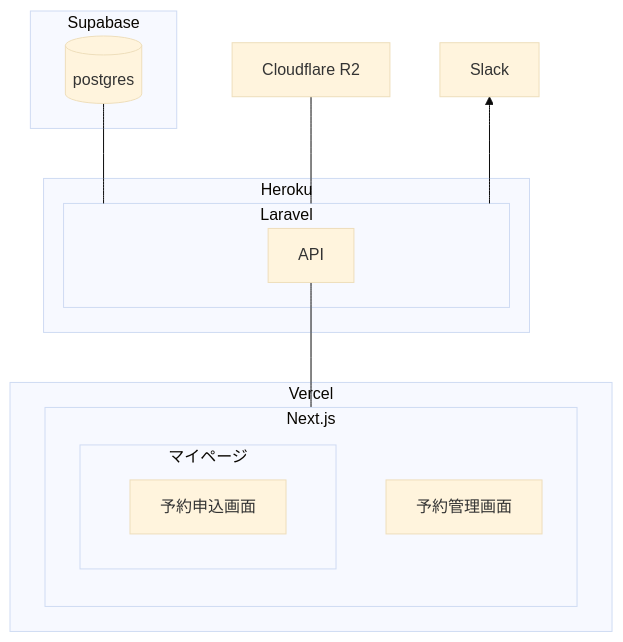
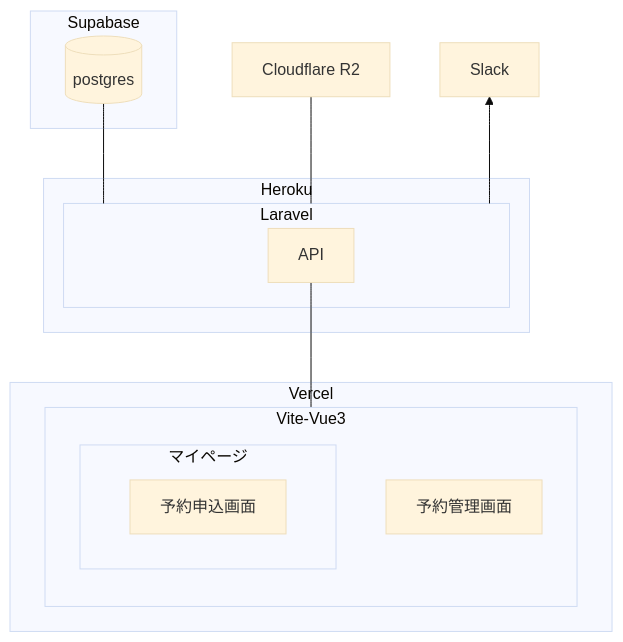
The fourth of 5 diagrams in README.md (specialweek1114/salon_reserve), drawn with Mermaid (base theme) before and after one commit. The commit also changed 1 other file, not shown here.

Commit message:
fix: フロントエンド構成をvueに変更

````diff
--- a/README.md
+++ b/README.md
@@ -106,24 +106,24 @@
 ```mermaid
 flowchart BT
     subgraph Heroku
         subgraph Laravel
             API
         end
     end
     subgraph Supabase
         postgres[(postgres)]
     end
     Cloudflare[Cloudflare R2]
     Laravel --- postgres
     Laravel --- Cloudflare
     Laravel --> Slack
     subgraph Vercel
-        subgraph Next[Next.js]
+        subgraph Vue[Vite-Vue3]
             subgraph マイページ
                 予約申込画面
             end
             予約管理画面
         end
     end
-    Next --- API
+    Vue --- API
 ```
````
